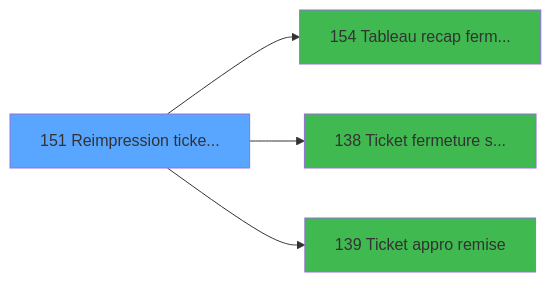
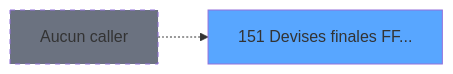
Before and after one commit to thonyAGP/magic-migration: the second of 3 diagrams in .openspec/specs/ADH-IDE-151.md, drawn with Mermaid. The commit also changed other lines of this file and 311 other files, not shown here.

````diff
--- a/.openspec/specs/ADH-IDE-151.md
+++ b/.openspec/specs/ADH-IDE-151.md
@@ -505,14 +151,8 @@
 ```mermaid
 graph LR
-    T151[151 Reimpression ticke...]
+    T151[151 Devises finales FF...]
     style T151 fill:#58a6ff
-    C154[154 Tableau recap ferm...]
-    T151 --> C154
-    style C154 fill:#3fb950
-    C138[138 Ticket fermeture s...]
-    T151 --> C138
-    style C138 fill:#3fb950
-    C139[139 Ticket appro remise]
-    T151 --> C139
-    style C139 fill:#3fb950
+    NONE[Aucun caller]
+    NONE -.-> T151
+    style NONE fill:#6b7280,stroke-dasharray: 5 5
 ```
````
